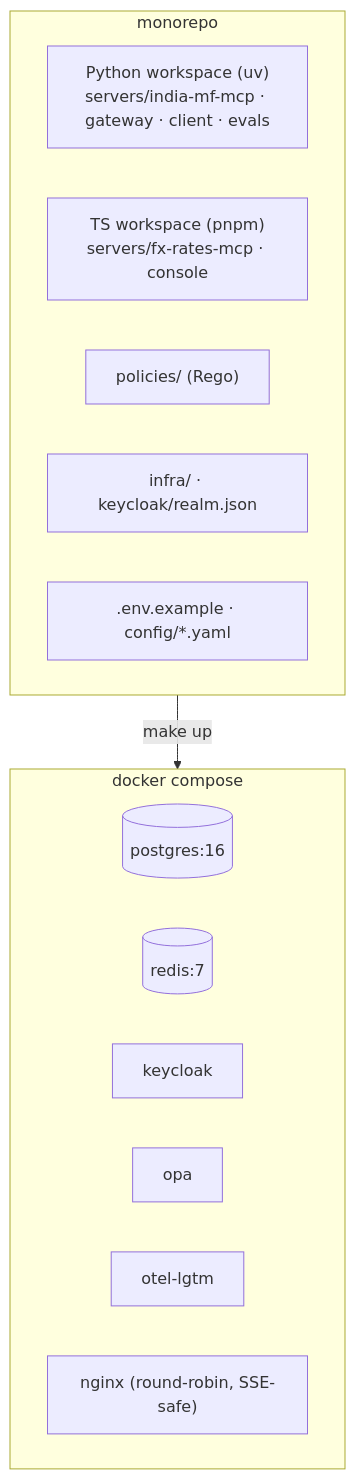
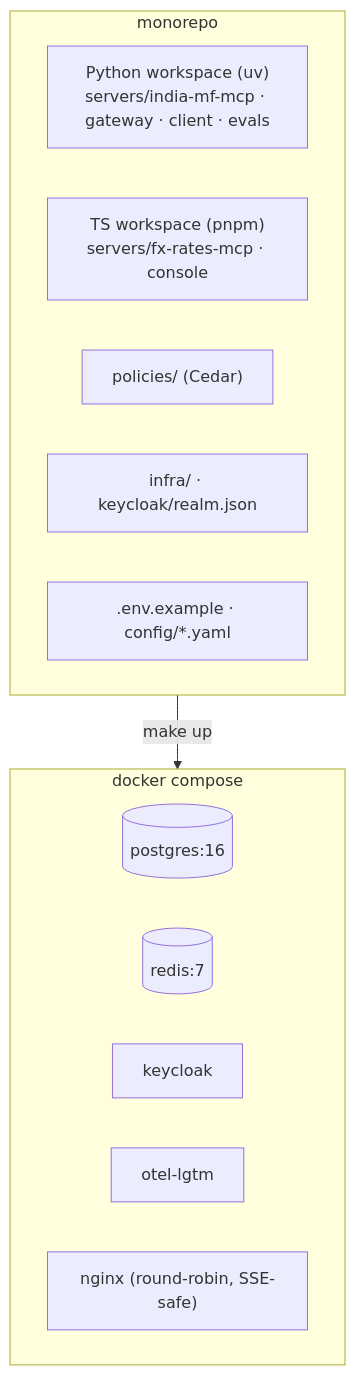
One commit to pRiMeXoMeGa/AI-Learning-Projects changed the first of 2 diagrams in projects/02-mcp-hub/docs/09-build-plan/F00-foundation.md. Above: the diagram before and after it, drawn with Mermaid. The commit also changed other lines of this file and 31 other files, not shown here.

````diff
--- a/projects/02-mcp-hub/docs/09-build-plan/F00-foundation.md
+++ b/projects/02-mcp-hub/docs/09-build-plan/F00-foundation.md
@@ -12,19 +12,18 @@
 ```mermaid
 flowchart TB
     subgraph Repo["monorepo"]
         PY["Python workspace (uv)<br/>servers/india-mf-mcp · gateway · client · evals"]
         TS["TS workspace (pnpm)<br/>servers/fx-rates-mcp · console"]
-        POL["policies/ (Rego)"]
+        POL["policies/ (Cedar)"]
         INF["infra/ · keycloak/realm.json"]
         CFG[".env.example · config/*.yaml"]
     end
     subgraph Compose["docker compose"]
         PG[(postgres:16)]
         RD[(redis:7)]
         KC[keycloak]
-        OPA[opa]
         LGTM[otel-lgtm]
         NG["nginx (round-robin, SSE-safe)"]
     end
     Repo -->|"make up"| Compose
 ```
````
